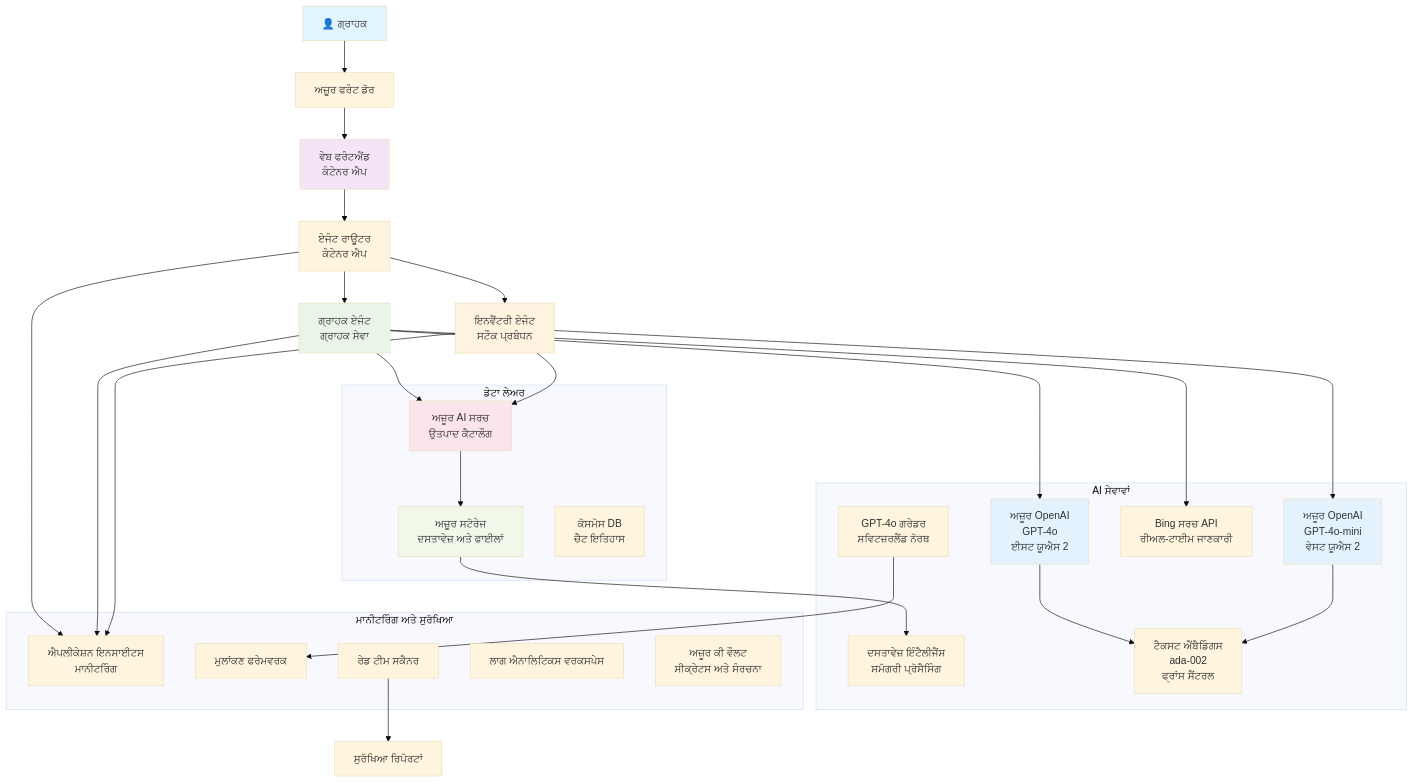
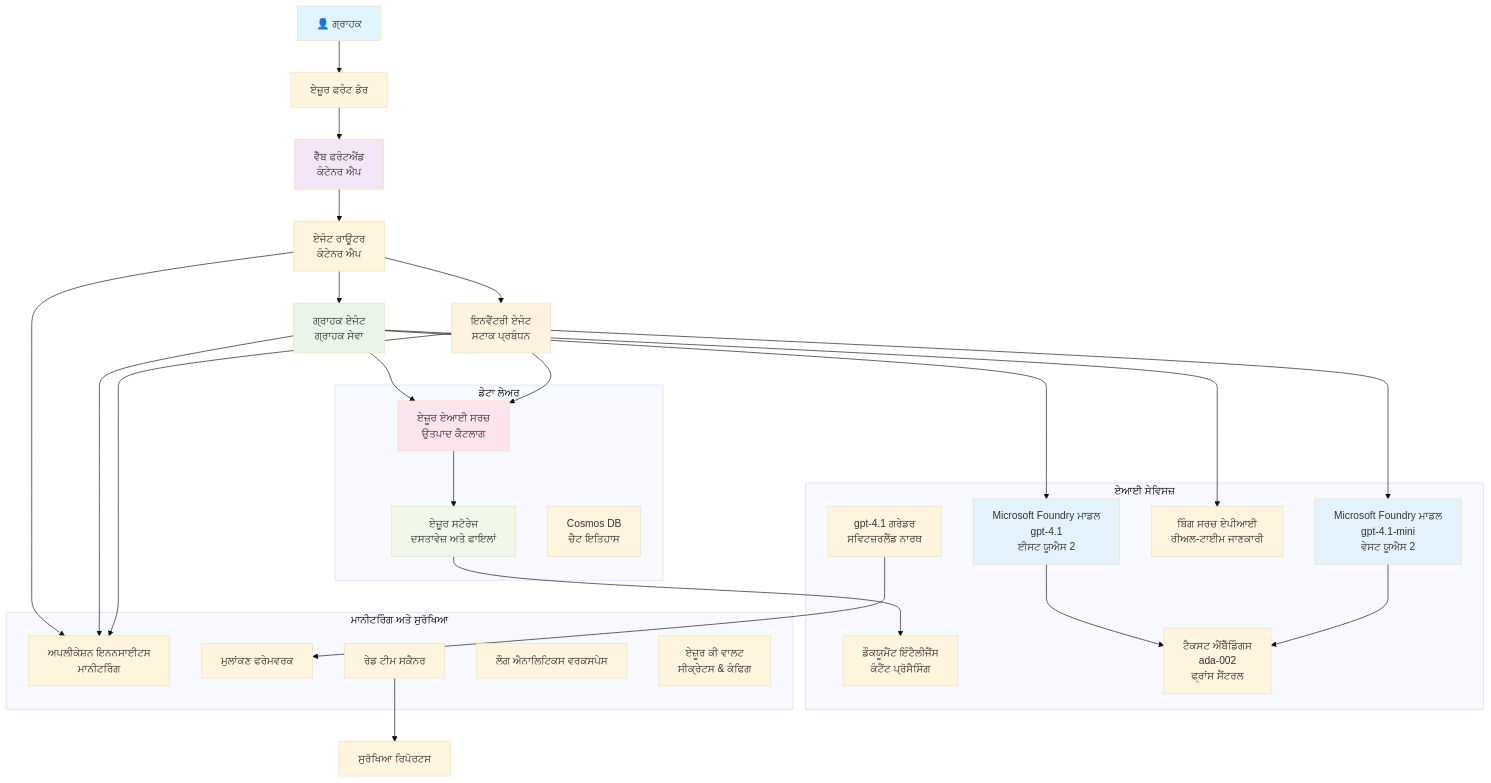
The diagram in translations/pa/examples/retail-scenario.md (microsoft/AZD-for-beginners), drawn with Mermaid (base theme) before and after one commit. The commit also changed other lines of this file and 101 other files, not shown here.

````diff
--- a/translations/pa/examples/retail-scenario.md
+++ b/translations/pa/examples/retail-scenario.md
@@ -139,61 +139,61 @@
 ```mermaid
 graph TB
-    User[👤 ਗ੍ਰਾਹਕ] --> LB[ਅਜ਼ੂਰ ਫਰੰਟ ਡੋਰ]
-    LB --> WebApp[ਵੇਬ ਫਰੰਟਐਂਡ<br/>ਕੰਟੇਨਰ ਐਪ]
+    User[👤 ਗ੍ਰਾਹਕ] --> LB[ਏਜ਼ੂਰ ਫਰੰਟ ਡੋਰ]
+    LB --> WebApp[ਵੈੱਬ ਫਰੰਟਐਂਡ<br/>ਕੰਟੇਨਰ ਐਪ]
     
     WebApp --> Router[ਏਜੰਟ ਰਾਊਟਰ<br/>ਕੰਟੇਨਰ ਐਪ]
     Router --> CustomerAgent[ਗ੍ਰਾਹਕ ਏਜੰਟ<br/>ਗ੍ਰਾਹਕ ਸੇਵਾ]
-    Router --> InvAgent[ਇਨਵੈਂਟਰੀ ਏਜੰਟ<br/>ਸਟੌਕ ਪ੍ਰਬੰਧਨ]
+    Router --> InvAgent[ਇਨਵੈਂਟਰੀ ਏਜੰਟ<br/>ਸਟਾਕ ਪ੍ਰਬੰਧਨ]
     
-    CustomerAgent --> OpenAI1[ਅਜ਼ੂਰ OpenAI<br/>GPT-4o<br/>ਈਸਟ ਯੂਐਸ 2]
-    InvAgent --> OpenAI2[ਅਜ਼ੂਰ OpenAI<br/>GPT-4o-mini<br/>ਵੇਸਟ ਯੂਐਸ 2]
+    CustomerAgent --> OpenAI1[Microsoft Foundry ਮਾਡਲ<br/>gpt-4.1<br/>ਈਸਟ ਯੂਐਸ 2]
+    InvAgent --> OpenAI2[Microsoft Foundry ਮਾਡਲ<br/>gpt-4.1-mini<br/>ਵੇਸਟ ਯੂਐਸ 2]
     
-    CustomerAgent --> AISearch[ਅਜ਼ੂਰ AI ਸਰਚ<br/>ਉਤਪਾਦ ਕੈਟਾਲੌਗ]
-    CustomerAgent --> BingSearch[Bing ਸਰਚ API<br/>ਰੀਅਲ-ਟਾਈਮ ਜਾਣਕਾਰੀ]
+    CustomerAgent --> AISearch[ਏਜ਼ੂਰ ਏਆਈ ਸਰਚ<br/>ਉਤਪਾਦ ਕੈਟਲਾਗ]
+    CustomerAgent --> BingSearch[ਬਿੰਗ ਸਰਚ ਏਪੀਆਈ<br/>ਰੀਅਲ-ਟਾਈਮ ਜਾਣਕਾਰੀ]
     InvAgent --> AISearch
     
-    AISearch --> Storage[ਅਜ਼ੂਰ ਸਟੋਰੇਜ<br/>ਦਸਤਾਵੇਜ਼ ਅਤੇ ਫਾਈਲਾਂ]
-    Storage --> DocIntel[ਦਸਤਾਵੇਜ਼ ਇੰਟੈਲੀਜੈਂਸ<br/>ਸਮੱਗਰੀ ਪ੍ਰੋਸੈਸਿੰਗ]
+    AISearch --> Storage[ਏਜ਼ੂਰ ਸਟੋਰੇਜ<br/>ਦਸਤਾਵੇਜ਼ ਅਤੇ ਫਾਇਲਾਂ]
+    Storage --> DocIntel[ਡੌਕਯੂਮੈਂਟ ਇੰਟੈਲੀਜੈਂਸ<br/>ਕੰਟੈਂਟ ਪ੍ਰੋਸੈਸਿੰਗ]
     
-    OpenAI1 --> Embeddings[ਟੈਕਸਟ ਐਂਬੈਡਿੰਗਸ<br/>ada-002<br/>ਫ੍ਰਾਂਸ ਸੈਂਟਰਲ]
+    OpenAI1 --> Embeddings[ਟੈਕਸਟ ਐਂਬੈੱਡਿੰਗਸ<br/>ada-002<br/>ਫ੍ਰਾਂਸ ਸੈਂਟਰਲ]
     OpenAI2 --> Embeddings
     
-    Router --> AppInsights[ਐਪਲੀਕੇਸ਼ਨ ਇਨਸਾਈਟਸ<br/>ਮਾਨੀਟਰਿੰਗ]
+    Router --> AppInsights[ਅਪਲੀਕੇਸ਼ਨ ਇਨਨਸਾਈਟਸ<br/>ਮਾਨੀਟਰਿੰਗ]
     CustomerAgent --> AppInsights
     InvAgent --> AppInsights
     
-    GraderModel[GPT-4o ਗਰੇਡਰ<br/>ਸਵਿਟਜ਼ਰਲੈਂਡ ਨੋਰਥ] --> Evaluation[ਮੁਲਾਂਕਣ ਫਰੇਮਵਰਕ]
-    RedTeam[ਰੇਡ ਟੀਮ ਸਕੈਨਰ] --> SecurityReports[ਸੁਰੱਖਿਆ ਰਿਪੋਰਟਾਂ]
+    GraderModel[gpt-4.1 ਗਰੇਡਰ<br/>ਸਵਿਟਜ਼ਰਲੈਂਡ ਨਾਰਥ] --> Evaluation[ਮੁਲਾਂਕਣ ਫਰੇਮਵਰਕ]
+    RedTeam[ਰੇਡ ਟੀਮ ਸਕੈਨਰ] --> SecurityReports[ਸੁਰੱਖਿਆ ਰਿਪੋਰਟਸ]
     
     subgraph "ਡੇਟਾ ਲੇਅਰ"
         Storage
         AISearch
-        CosmosDB[ਕੋਸਮੋਸ DB<br/>ਚੈਟ ਇਤਿਹਾਸ]
+        CosmosDB[Cosmos DB<br/>ਚੈਟ ਇਤਿਹਾਸ]
     end
     
-    subgraph "AI ਸੇਵਾਵਾਂ"
+    subgraph "ਏਆਈ ਸੇਵਿਸਜ਼"
         OpenAI1
         OpenAI2
         Embeddings
         GraderModel
         DocIntel
         BingSearch
     end
     
     subgraph "ਮਾਨੀਟਰਿੰਗ ਅਤੇ ਸੁਰੱਖਿਆ"
         AppInsights
-        LogAnalytics[ਲਾਗ ਐਨਾਲਿਟਿਕਸ ਵਰਕਸਪੇਸ]
-        KeyVault[ਅਜ਼ੂਰ ਕੀ ਵੌਲਟ<br/>ਸੀਕ੍ਰੇਟਸ ਅਤੇ ਸੰਰਚਨਾ]
+        LogAnalytics[ਲੌਗ ਐਨਾਲਿਟਿਕਸ ਵਰਕਸਪੇਸ]
+        KeyVault[ਏਜ਼ੂਰ ਕੀ ਵਾਲਟ<br/>ਸੀਕ੍ਰੇਟਸ & ਕੰਫਿਗ]
         RedTeam
         Evaluation
     end
     
     style User fill:#e1f5fe
     style WebApp fill:#f3e5f5
     style CustomerAgent fill:#e8f5e8
     style InvAgent fill:#fff3e0
     style OpenAI1 fill:#e3f2fd
     style OpenAI2 fill:#e3f2fd
     style AISearch fill:#fce4ec
     style Storage fill:#f1f8e9
 ```
````
